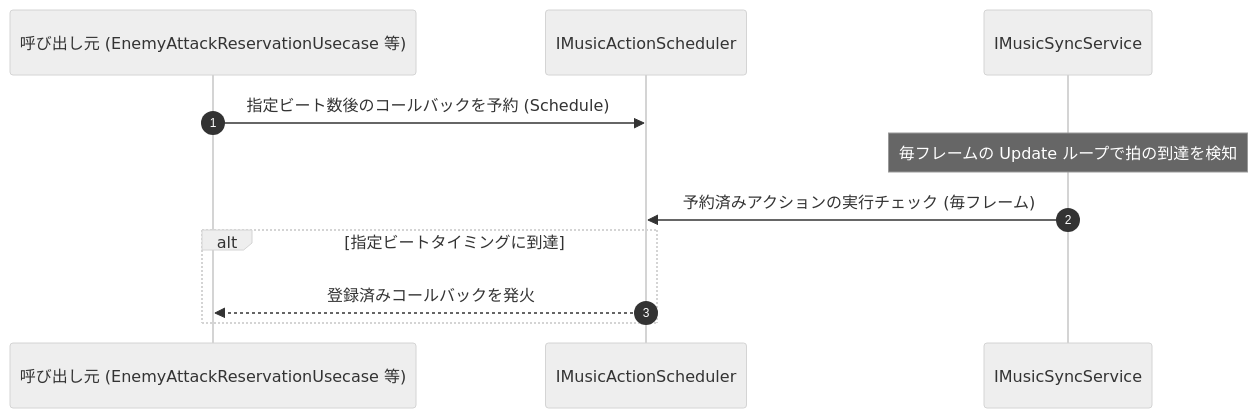
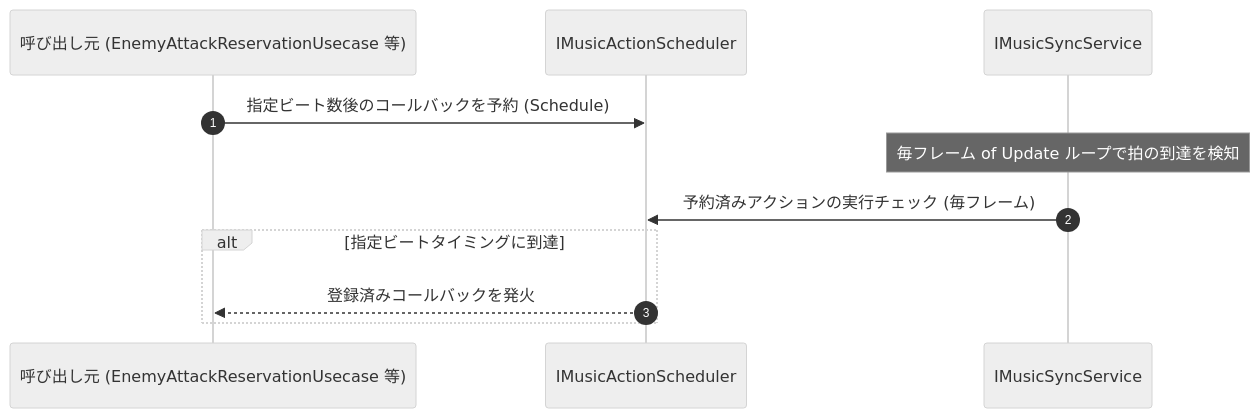
Before and after one commit to HIBIKI5201/SymphonyKillChord: the fourth of 4 diagrams in Assets/Docs/ScriptsDocs/Modules/NotionModuleDocs/Music.md, drawn with Mermaid (neutral theme). The commit also changed other lines of this file and 5 other files, not shown here.

````diff
--- a/Assets/Docs/ScriptsDocs/Modules/NotionModuleDocs/Music.md
+++ b/Assets/Docs/ScriptsDocs/Modules/NotionModuleDocs/Music.md
@@ -127,14 +165,14 @@
 ```mermaid
 sequenceDiagram
     autonumber
     participant Caller as 呼び出し元 (EnemyAttackReservationUsecase 等)
     participant Scheduler as IMusicActionScheduler
     participant MSService as IMusicSyncService
 
     Caller ->> Scheduler: 指定ビート数後のコールバックを予約 (Schedule)
-    Note over MSService: 毎フレームの Update ループで拍の到達を検知
+    Note over MSService: 毎フレーム of Update ループで拍の到達を検知
     MSService ->> Scheduler: 予約済みアクションの実行チェック (毎フレーム)
     alt 指定ビートタイミングに到達
         Scheduler -->> Caller: 登録済みコールバックを発火
     end
 ```
````
